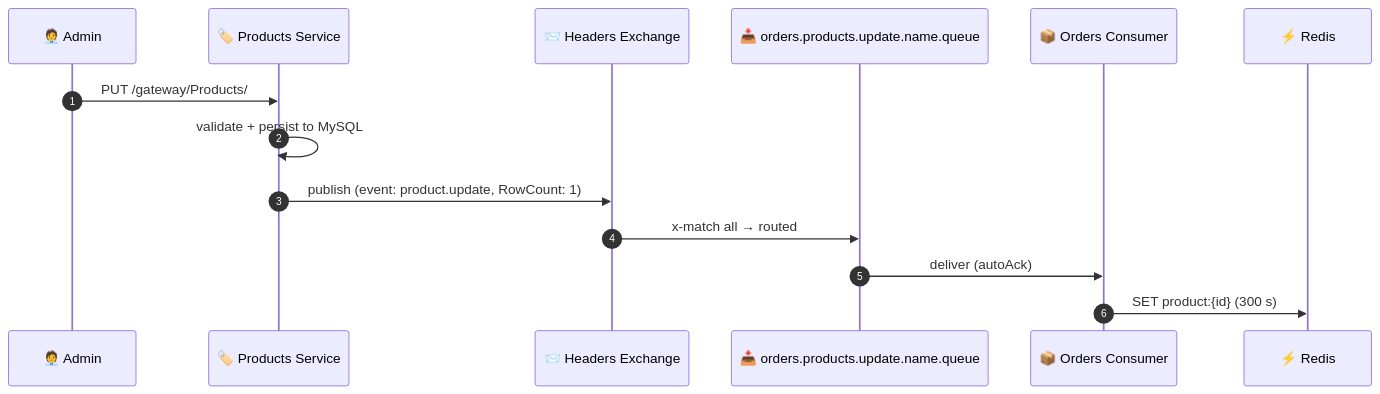
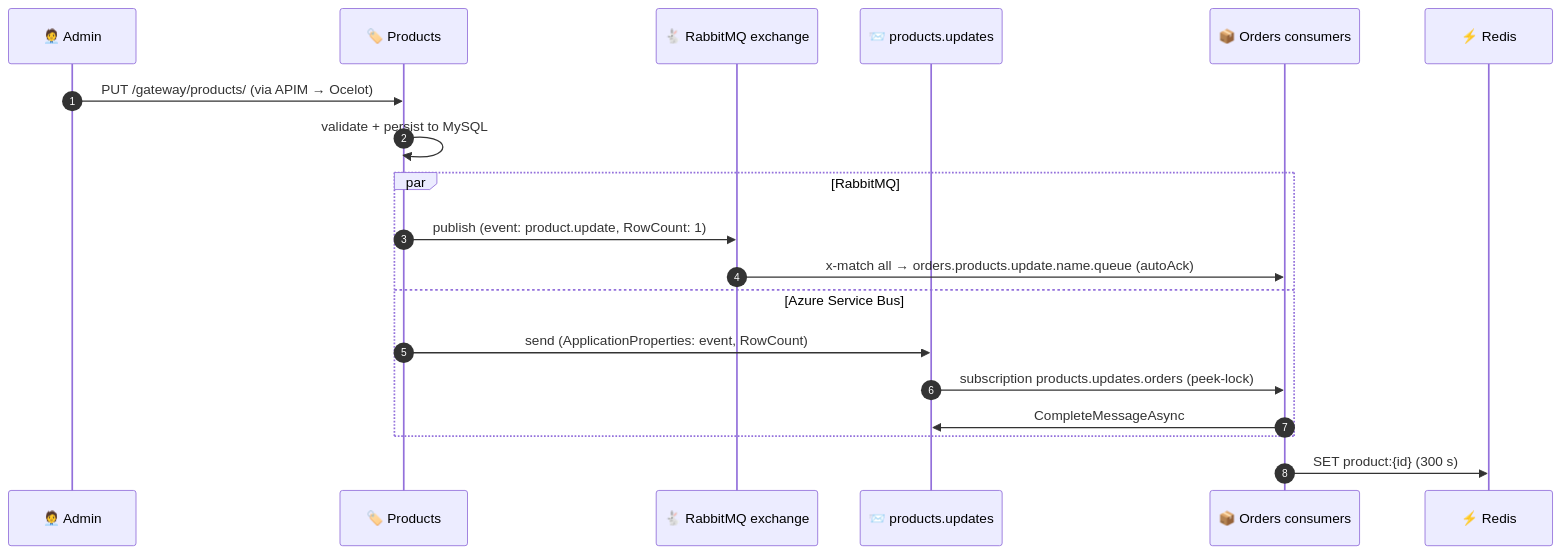
The eighth of 9 diagrams in readme.md (sayanpr8175/eCommerceSolution.OrdersService), drawn with Mermaid before and after one commit. The commit also changed other lines of this file, not shown here.

````diff
--- a/readme.md
+++ b/readme.md
@@ -420,17 +850,22 @@
 ```mermaid
 sequenceDiagram
     autonumber
     participant A as 🧑‍💼 Admin
-    participant P as 🏷️ Products Service
-    participant X as 📨 Headers Exchange
-    participant Q as 📥 orders.products.update.name.queue
-    participant O as 📦 Orders Consumer
+    participant P as 🏷️ Products
+    participant X as 🐇 RabbitMQ exchange
+    participant T as 📨 products.updates
+    participant O as 📦 Orders consumers
     participant R as ⚡ Redis
 
-    A->>P: PUT /gateway/Products/
+    A->>P: PUT /gateway/products/ (via APIM → Ocelot)
     P->>P: validate + persist to MySQL
-    P->>X: publish (event: product.update, RowCount: 1)
-    X->>Q: x-match all → routed
-    Q->>O: deliver (autoAck)
+    par RabbitMQ
+        P->>X: publish (event: product.update, RowCount: 1)
+        X->>O: x-match all → orders.products.update.name.queue (autoAck)
+    and Azure Service Bus
+        P->>T: send (ApplicationProperties: event, RowCount)
+        T->>O: subscription products.updates.orders (peek-lock)
+        O->>T: CompleteMessageAsync
+    end
     O->>R: SET product:{id} (300 s)
 ```
````
